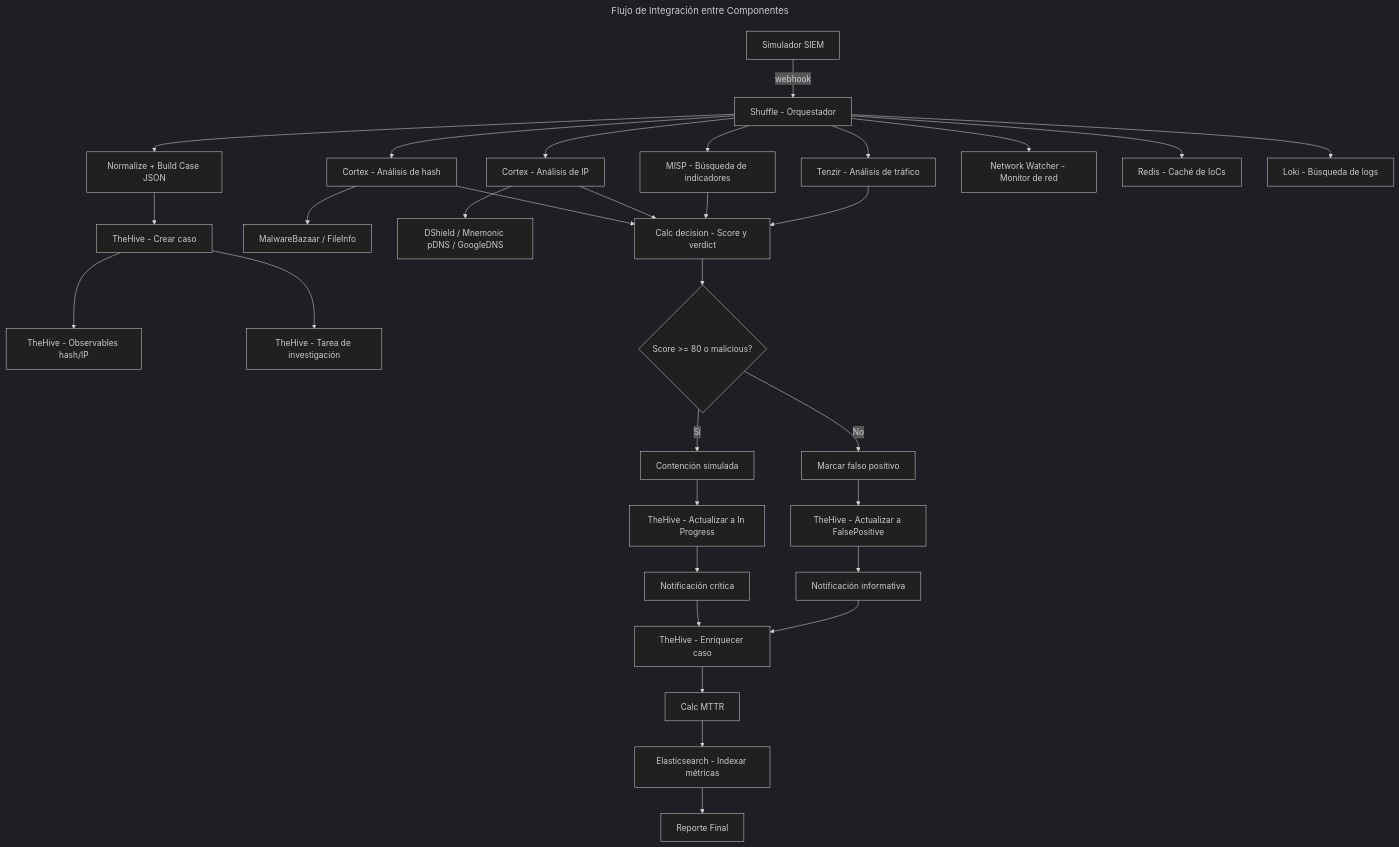
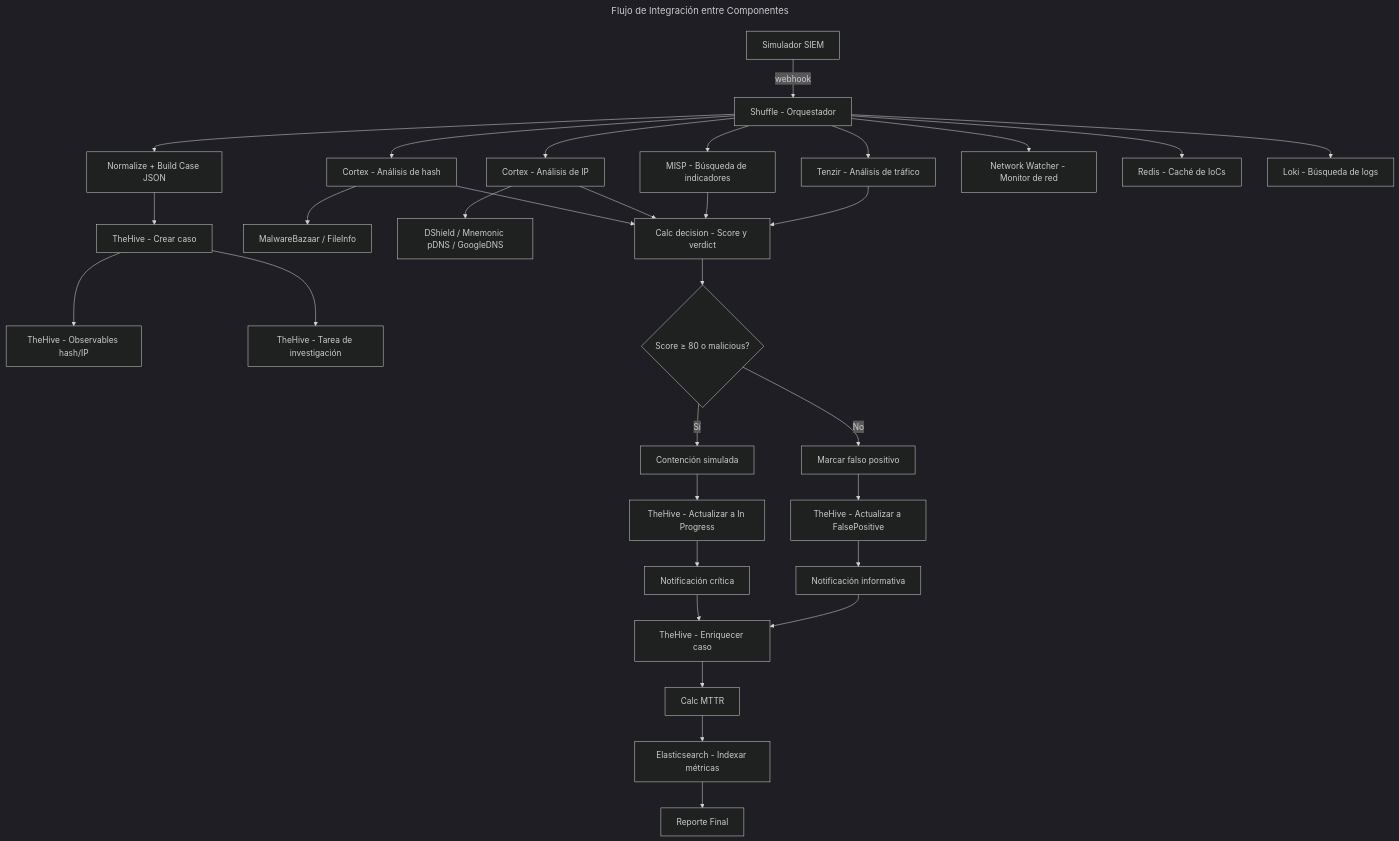
The fourth of 10 diagrams in docs/thesis/specific_development.md (alesanfe/soar-ransomware-lab), drawn with Mermaid (dark theme) before and after one commit.

Commit message:
docs(thesis): corregir parse error en diagrama Flujo de Integracion
Mermaid interpretaba '>=' como direccion de flecha dentro del rombo.
Cambiado '>=' por el caracter Unicode '≥' (U+2265).

````diff
--- a/docs/thesis/specific_development.md
+++ b/docs/thesis/specific_development.md
@@ -278,36 +278,36 @@
 ```mermaid
 ---
 title: Flujo de Integración entre Componentes
 ---
 graph TD
     A[Simulador SIEM] -->|webhook| B[Shuffle - Orquestador]
     B --> C[Normalize + Build Case JSON]
     C --> D[TheHive - Crear caso]
     D --> E[TheHive - Observables hash/IP]
     D --> F[TheHive - Tarea de investigación]
     B --> G[Cortex - Análisis de hash]
     B --> H[Cortex - Análisis de IP]
     G --> I[MalwareBazaar / FileInfo]
     H --> J[DShield / Mnemonic pDNS / GoogleDNS]
     B --> K[MISP - Búsqueda de indicadores]
     B --> L[Tenzir - Análisis de tráfico]
     B --> M[Network Watcher - Monitor de red]
     B --> N[Redis - Caché de IoCs]
     B --> O[Loki - Búsqueda de logs]
     G --> P[Calc decision - Score y verdict]
     H --> P
     K --> P
     L --> P
-    P --> Q{Score >= 80 o malicious?}
+    P --> Q{Score ≥ 80 o malicious?}
     Q -->|Sí| R[Contención simulada]
     Q -->|No| S[Marcar falso positivo]
     R --> T[TheHive - Actualizar a In Progress]
     S --> U[TheHive - Actualizar a FalsePositive]
     T --> V[Notificación crítica]
     U --> W[Notificación informativa]
     V --> X[TheHive - Enriquecer caso]
     W --> X
     X --> Y[Calc MTTR]
     Y --> Z[Elasticsearch - Indexar métricas]
     Z --> AA[Reporte Final]
 ```
````
